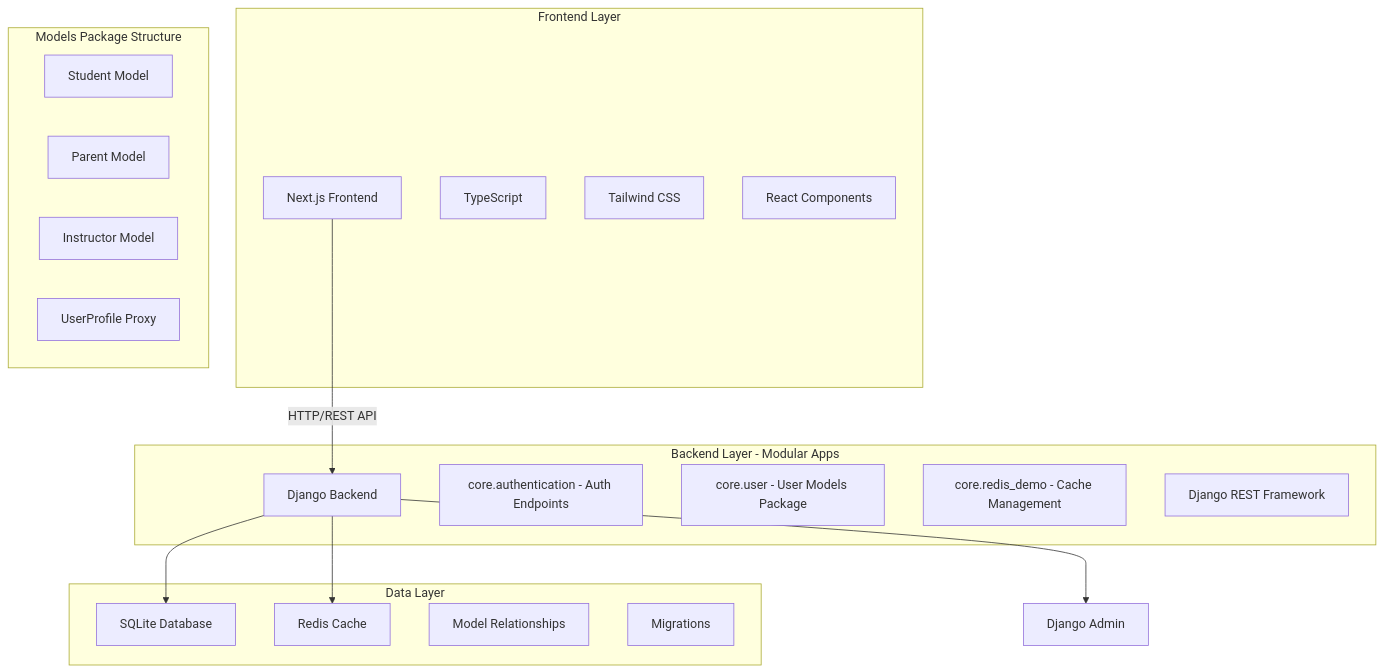
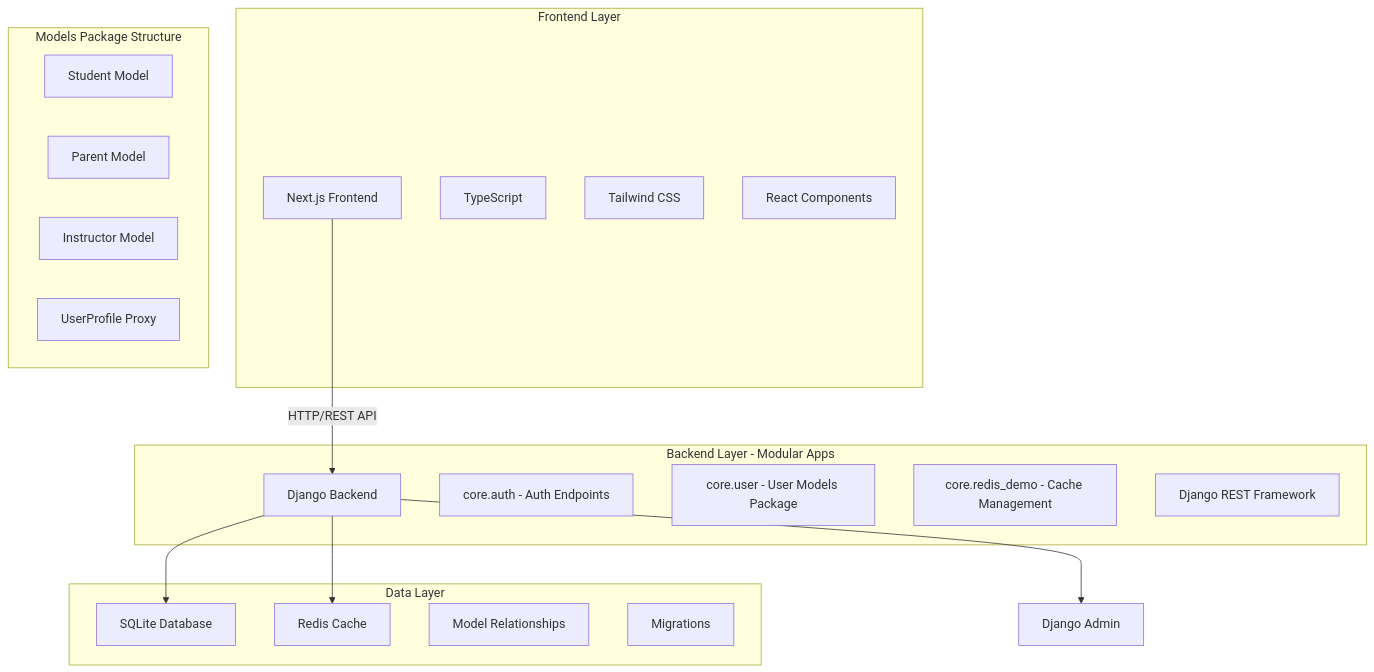
Before and after one commit to Alyy32/django-react-fullstack: the first of 3 diagrams in README.md, drawn with Mermaid. The commit also changed other lines of this file and 19 other files, not shown here.

Commit message:
Clean up project: remove Redis demo, rename authentication to auth, fix structure

````diff
--- a/README.md
+++ b/README.md
@@ -58,36 +58,36 @@
 ```mermaid
 graph TB
     A[Next.js Frontend] -->|HTTP/REST API| B[Django Backend]
     B --> C[SQLite Database]
     B --> D[Redis Cache]
     B --> E[Django Admin]
     
     subgraph "Frontend Layer"
         A
         F[TypeScript]
         G[Tailwind CSS]
         H[React Components]
     end
     
     subgraph "Backend Layer - Modular Apps"
         B
-        I[core.authentication - Auth Endpoints]
+        I[core.auth - Auth Endpoints]
         J[core.user - User Models Package]
         K[core.redis_demo - Cache Management]
         L[Django REST Framework]
     end
     
     subgraph "Models Package Structure"
         M[Student Model]
         N[Parent Model] 
         O[Instructor Model]
         P[UserProfile Proxy]
     end
     
     subgraph "Data Layer"
         C
         D
         Q[Model Relationships]
         R[Migrations]
     end
 ```
````
